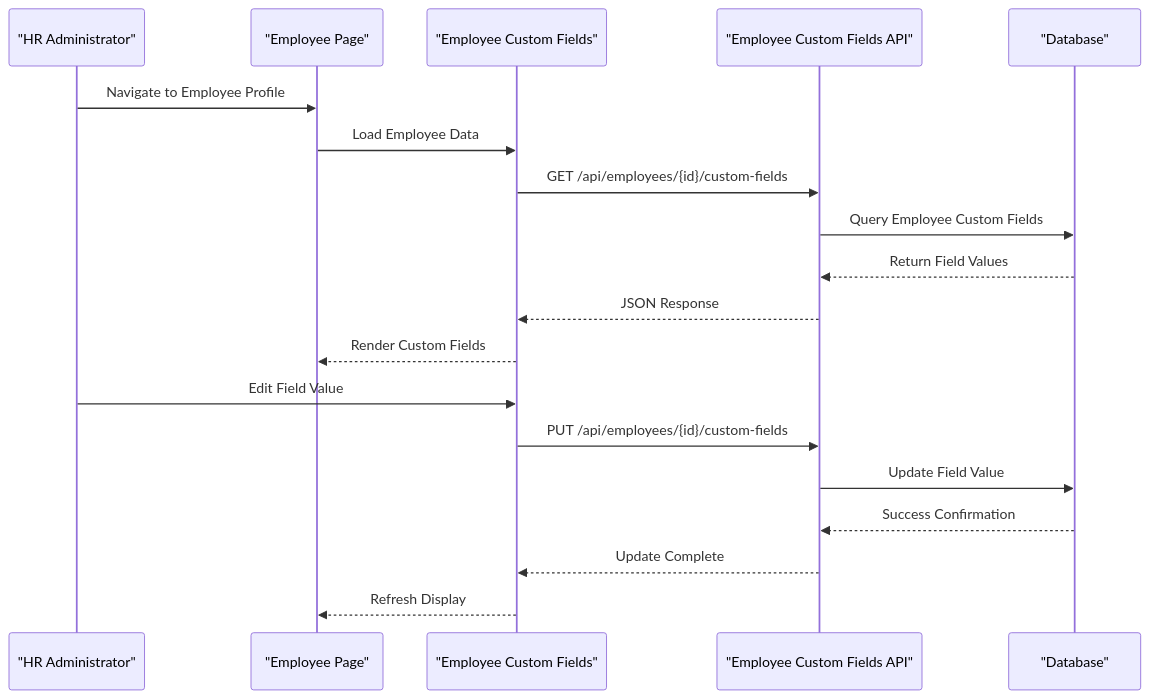
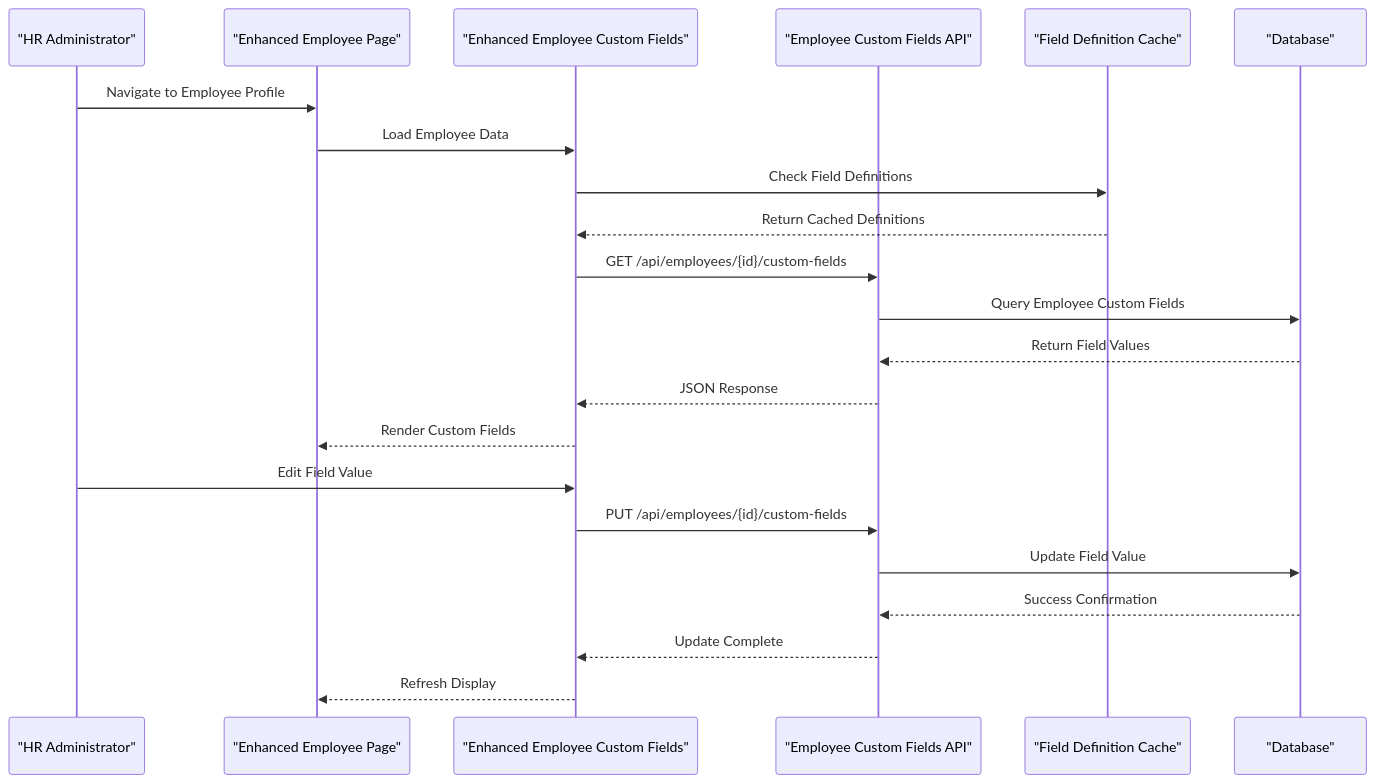
One commit to EdwinCycling/LiquidHR changed the fourth of 6 diagrams in .qoder/repowiki/en/content/Advanced Features/Custom Fields System/Custom Fields System.md. Above: the diagram before and after it, drawn with Mermaid. The commit also changed other lines of this file and 26 other files, not shown here.

````diff
--- a/.qoder/repowiki/en/content/Advanced Features/Custom Fields System/Custom Fields System.md
+++ b/.qoder/repowiki/en/content/Advanced Features/Custom Fields System/Custom Fields System.md
@@ -174,21 +200,24 @@
 ```mermaid
 sequenceDiagram
 participant HRAdmin as "HR Administrator"
-participant EmployeePage as "Employee Page"
-participant EmployeeCF as "Employee Custom Fields"
+participant EmployeePage as "Enhanced Employee Page"
+participant EmployeeCF as "Enhanced Employee Custom Fields"
 participant API as "Employee Custom Fields API"
+participant Cache as "Field Definition Cache"
 participant DB as "Database"
 HRAdmin->>EmployeePage : Navigate to Employee Profile
 EmployeePage->>EmployeeCF : Load Employee Data
+EmployeeCF->>Cache : Check Field Definitions
+Cache-->>EmployeeCF : Return Cached Definitions
 EmployeeCF->>API : GET /api/employees/{id}/custom-fields
 API->>DB : Query Employee Custom Fields
 DB-->>API : Return Field Values
 API-->>EmployeeCF : JSON Response
 EmployeeCF-->>EmployeePage : Render Custom Fields
 HRAdmin->>EmployeeCF : Edit Field Value
 EmployeeCF->>API : PUT /api/employees/{id}/custom-fields
 API->>DB : Update Field Value
 DB-->>API : Success Confirmation
 API-->>EmployeeCF : Update Complete
 EmployeeCF-->>EmployeePage : Refresh Display
 ```
````
